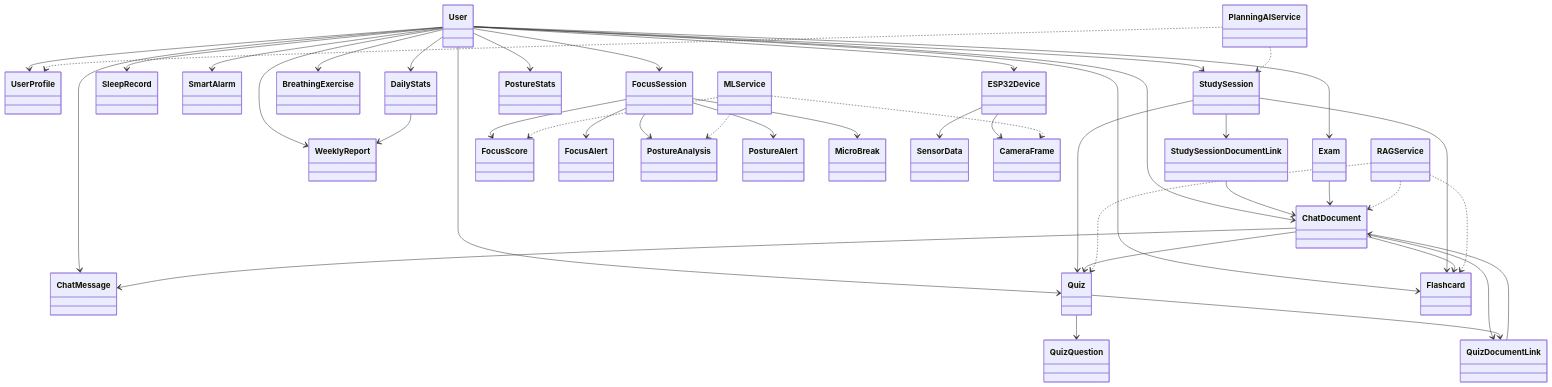
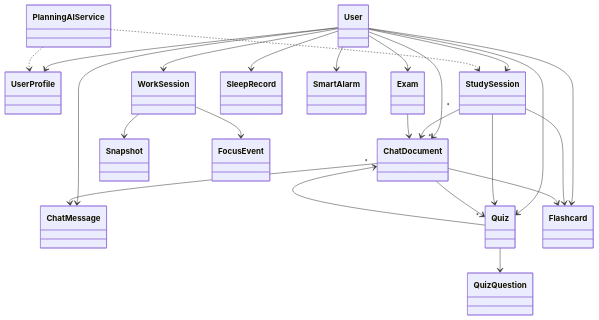
One commit to Jkacem/smart_focus changed the first of 7 diagrams in docs/Conception_DiagrammeClasses.md. Above: the diagram before and after it, drawn with Mermaid. The commit also changed other lines of this file and 93 other files, not shown here.

````diff
--- a/docs/Conception_DiagrammeClasses.md
+++ b/docs/Conception_DiagrammeClasses.md
@@ -11,56 +11,34 @@
 ```mermaid
 classDiagram
     direction TB
 
     User --> UserProfile
     User --> StudySession
     User --> Exam
     User --> ChatDocument
     User --> ChatMessage
     User --> Quiz
     User --> Flashcard
     User --> SleepRecord
     User --> SmartAlarm
-    User --> FocusSession
-    User --> BreathingExercise
-    User --> DailyStats
-    User --> WeeklyReport
-    User --> ESP32Device
-    User --> PostureStats
+    User --> WorkSession
 
-    StudySession --> StudySessionDocumentLink
-    StudySessionDocumentLink --> ChatDocument
+    StudySession "*" --> "*" ChatDocument
     StudySession --> Quiz
     StudySession --> Flashcard
 
     Exam --> ChatDocument
 
     ChatDocument --> ChatMessage
     ChatDocument --> Quiz
     ChatDocument --> Flashcard
-    ChatDocument --> QuizDocumentLink
 
     Quiz --> QuizQuestion
-    Quiz --> QuizDocumentLink
-    QuizDocumentLink --> ChatDocument
+    Quiz "*" --> "*" ChatDocument
 
-    FocusSession --> FocusScore
-    FocusSession --> FocusAlert
-    FocusSession --> PostureAnalysis
-    FocusSession --> PostureAlert
-    FocusSession --> MicroBreak
+    WorkSession --> Snapshot
+    WorkSession --> FocusEvent
 
-    ESP32Device --> SensorData
-    ESP32Device --> CameraFrame
-
-    DailyStats --> WeeklyReport
-
-    MLService ..> CameraFrame
-    MLService ..> PostureAnalysis
-    MLService ..> FocusScore
-    RAGService ..> ChatDocument
-    RAGService ..> Quiz
-    RAGService ..> Flashcard
     PlanningAIService ..> StudySession
     PlanningAIService ..> UserProfile
 ```
````
